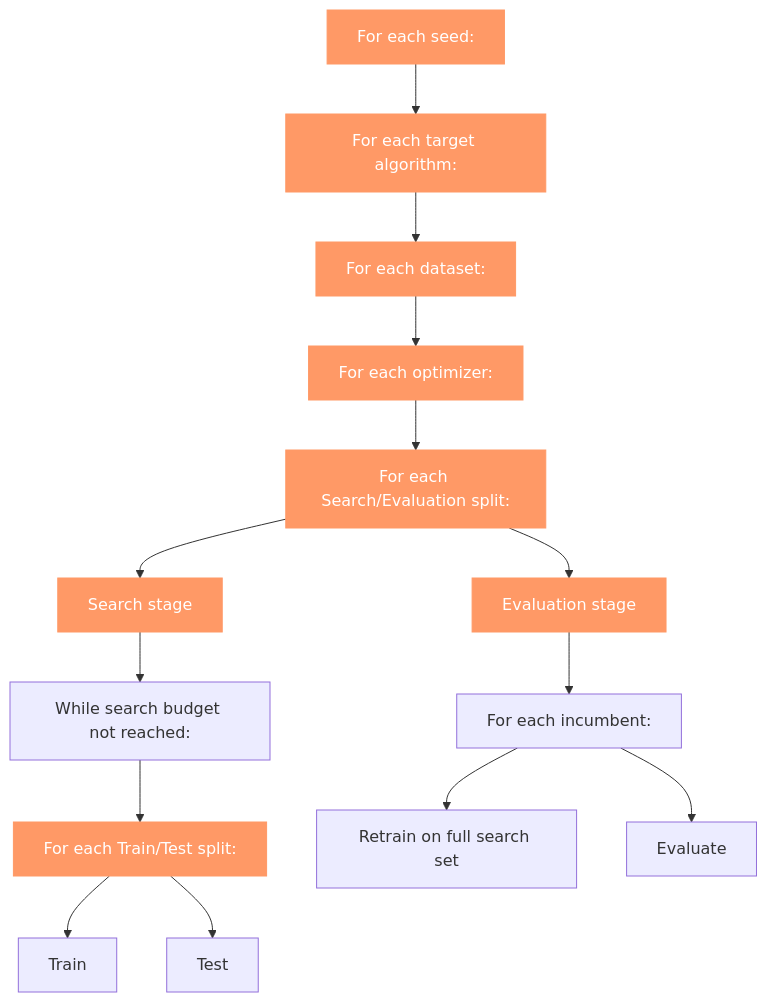
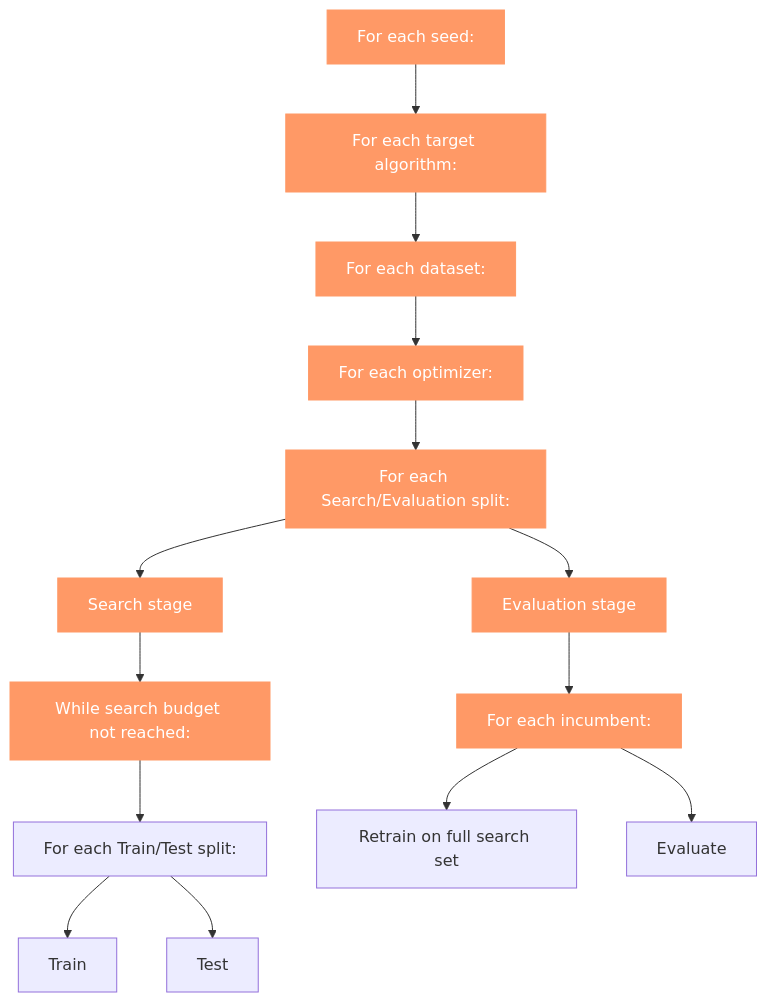
The diagram in README.md (Yatoom/hyperbench), drawn with Mermaid before and after one commit. The commit also changed other lines of this file, not shown here.

````diff
--- a/README.md
+++ b/README.md
@@ -17,20 +96,20 @@
 ```mermaid
   graph TD;
       EACH_SEED[For each seed:]:::mon-->EACH_ALGO[For each target algorithm:];
       EACH_ALGO:::mon-->EACH_DATA[For each dataset:];
       EACH_DATA:::mon-->EACH_OPT[For each optimizer:];
       EACH_OPT:::mon-->EACH_SE_SPLIT[For each Search/Evaluation split:]
       EACH_SE_SPLIT:::mon-->SEARCH_STAGE[Search stage]
       EACH_SE_SPLIT-->EVAL_STAGE[Evaluation stage]
       
       SEARCH_STAGE:::mon-->EACH_ITER[While search budget not reached:]
-      EACH_ITER-->EACH_SPLIT[For each Train/Test split:]
-      EACH_SPLIT:::mon-->TRAIN[Train]
+      EACH_ITER:::mon-->EACH_SPLIT[For each Train/Test split:]
+      EACH_SPLIT-->TRAIN[Train]
       EACH_SPLIT-->TEST[Test]
       
       EVAL_STAGE:::mon-->EACH_INC[For each incumbent:]
-      EACH_INC-->RETRAIN[Retrain on full search set]
+      EACH_INC:::mon-->RETRAIN[Retrain on full search set]
       EACH_INC-->EVAL[Evaluate]
       
       classDef mon fill:#f96,color:white,stroke:#f96
 ```
````
